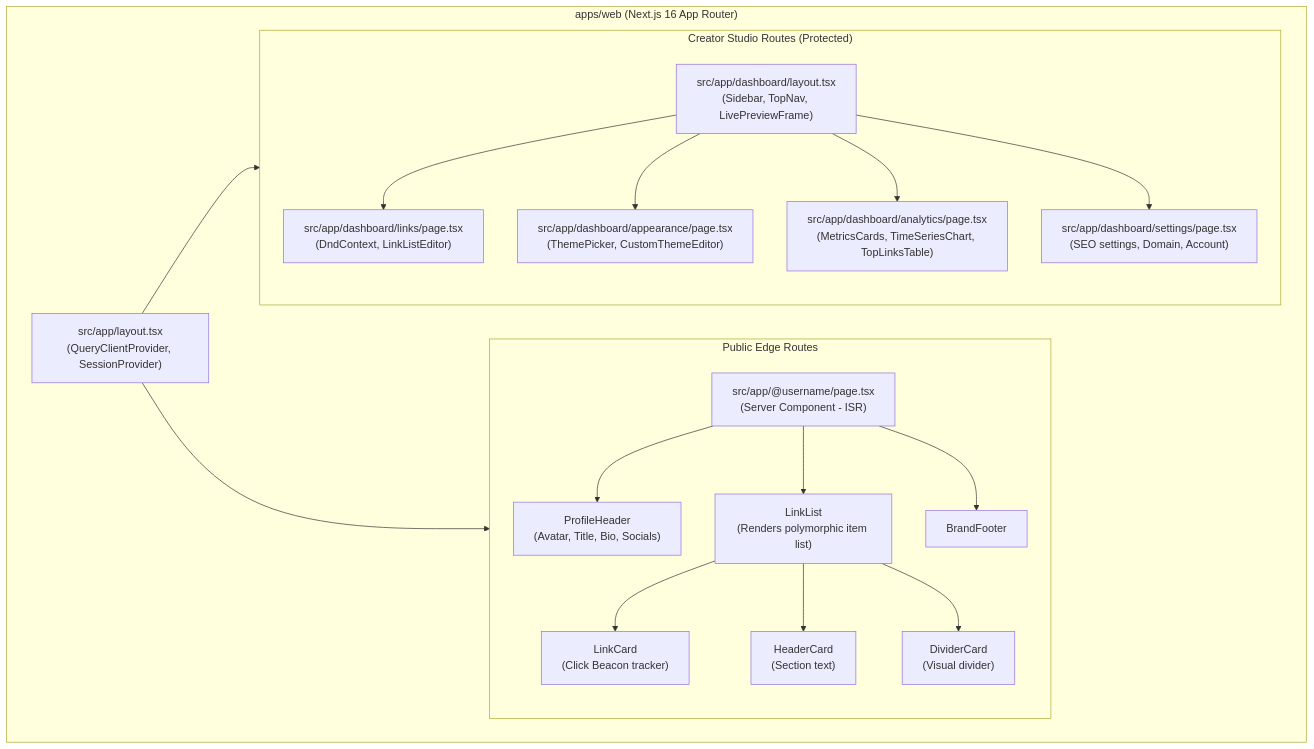
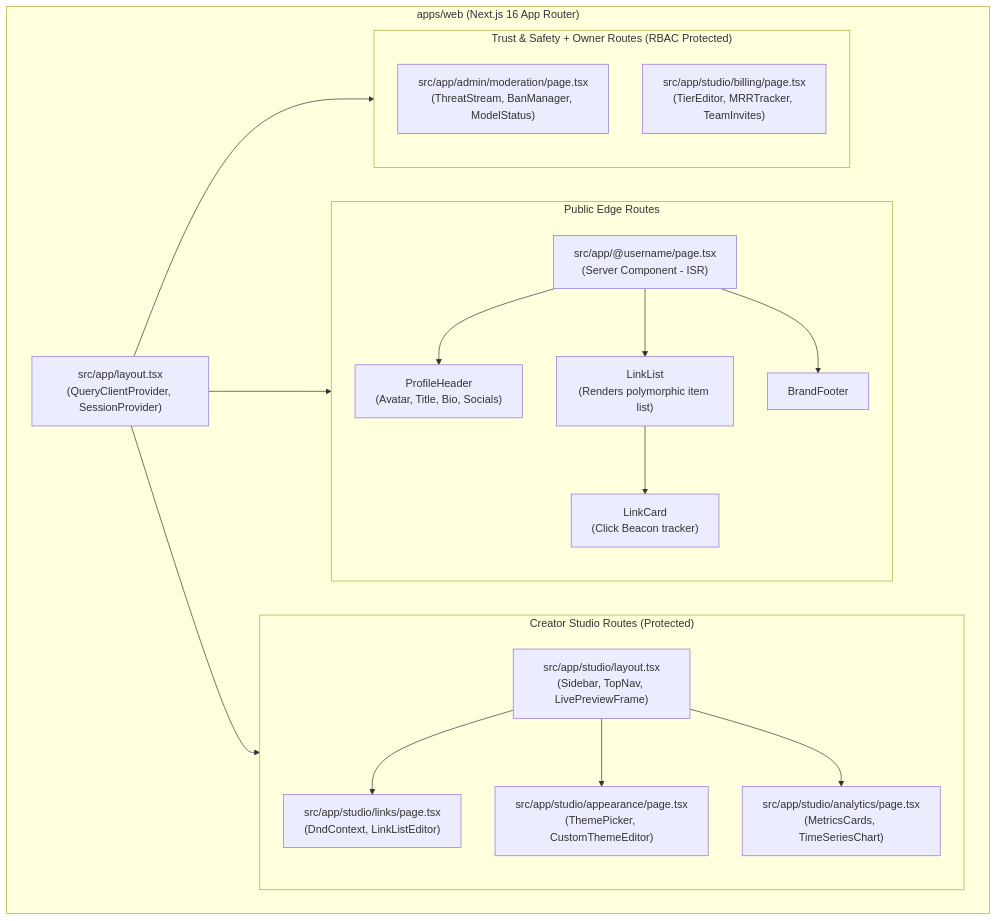
Before and after one commit to iamcristian/onelink-saas: the diagram in docs/ui-ux/wireframes-and-mockups.md, drawn with Mermaid. The commit also changed other lines of this file and 8 other files, not shown here.

Commit message:
feat(design): complete 6-screen ecosystem with Sentinel AI moderation and SaaS billing consoles

````diff
--- a/docs/ui-ux/wireframes-and-mockups.md
+++ b/docs/ui-ux/wireframes-and-mockups.md
@@ -180,39 +235,39 @@
 ```mermaid
 graph TD
     subgraph WebApp["apps/web (Next.js 16 App Router)"]
         ROOT["src/app/layout.tsx<br/>(QueryClientProvider, SessionProvider)"]
 
         subgraph PublicRoutes["Public Edge Routes"]
             PROFILE_PAGE["src/app/@username/page.tsx<br/>(Server Component - ISR)"]
             PROFILE_CARD["ProfileHeader<br/>(Avatar, Title, Bio, Socials)"]
             LINK_LIST["LinkList<br/>(Renders polymorphic item list)"]
             LINK_ITEM["LinkCard<br/>(Click Beacon tracker)"]
-            HEADER_ITEM["HeaderCard<br/>(Section text)"]
-            DIVIDER_ITEM["DividerCard<br/>(Visual divider)"]
             FOOTER["BrandFooter"]
 
             PROFILE_PAGE --> PROFILE_CARD
             PROFILE_PAGE --> LINK_LIST
             LINK_LIST --> LINK_ITEM
-            LINK_LIST --> HEADER_ITEM
-            LINK_LIST --> DIVIDER_ITEM
             PROFILE_PAGE --> FOOTER
         end
 
-        subgraph DashboardRoutes["Creator Studio Routes (Protected)"]
-            DASH_LAYOUT["src/app/dashboard/layout.tsx<br/>(Sidebar, TopNav, LivePreviewFrame)"]
-            TAB_LINKS["src/app/dashboard/links/page.tsx<br/>(DndContext, LinkListEditor)"]
-            TAB_THEMES["src/app/dashboard/appearance/page.tsx<br/>(ThemePicker, CustomThemeEditor)"]
-            TAB_ANALYTICS["src/app/dashboard/analytics/page.tsx<br/>(MetricsCards, TimeSeriesChart, TopLinksTable)"]
-            TAB_SETTINGS["src/app/dashboard/settings/page.tsx<br/>(SEO settings, Domain, Account)"]
+        subgraph CreatorRoutes["Creator Studio Routes (Protected)"]
+            DASH_LAYOUT["src/app/studio/layout.tsx<br/>(Sidebar, TopNav, LivePreviewFrame)"]
+            TAB_LINKS["src/app/studio/links/page.tsx<br/>(DndContext, LinkListEditor)"]
+            TAB_THEMES["src/app/studio/appearance/page.tsx<br/>(ThemePicker, CustomThemeEditor)"]
+            TAB_ANALYTICS["src/app/studio/analytics/page.tsx<br/>(MetricsCards, TimeSeriesChart)"]
 
             DASH_LAYOUT --> TAB_LINKS
             DASH_LAYOUT --> TAB_THEMES
             DASH_LAYOUT --> TAB_ANALYTICS
-            DASH_LAYOUT --> TAB_SETTINGS
+        end
+
+        subgraph AdminRoutes["Trust & Safety + Owner Routes (RBAC Protected)"]
+            ADMIN_MODERATION["src/app/admin/moderation/page.tsx<br/>(ThreatStream, BanManager, ModelStatus)"]
+            OWNER_BILLING["src/app/studio/billing/page.tsx<br/>(TierEditor, MRRTracker, TeamInvites)"]
         end
 
         ROOT --> PublicRoutes
-        ROOT --> DashboardRoutes
+        ROOT --> CreatorRoutes
+        ROOT --> AdminRoutes
     end
 ```
````
